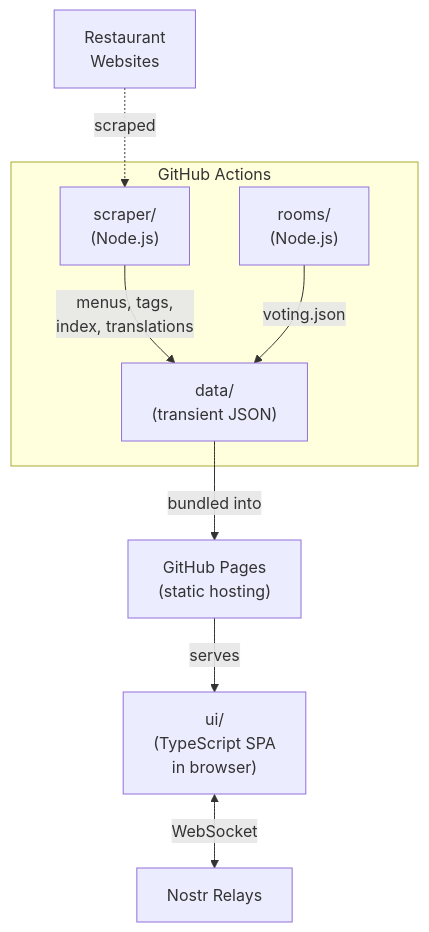
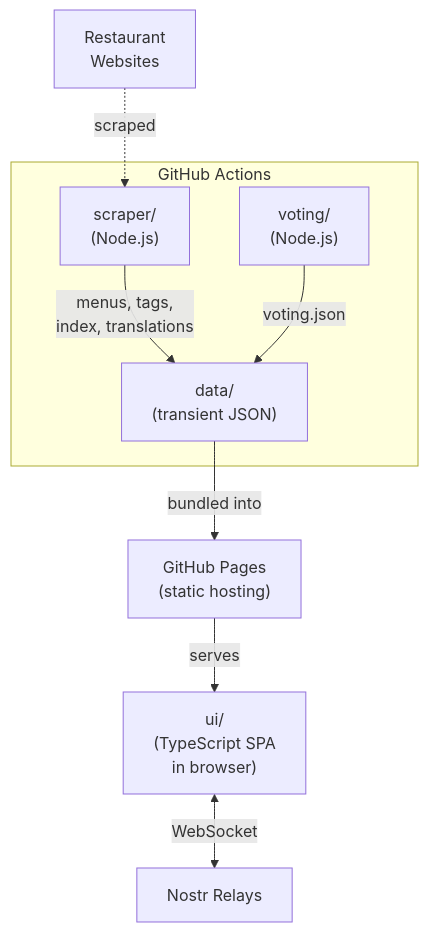
Before and after one commit to djaffry/mahlzeit-test: the first of 3 diagrams in README.md, drawn with Mermaid. The commit also changed other lines of this file and 201 other files, not shown here.

````diff
--- a/README.md
+++ b/README.md
@@ -93,13 +105,13 @@
 ```mermaid
 graph TB
   WEB["Restaurant\nWebsites"] -.->|scraped| S
 
   subgraph CI["GitHub Actions"]
     S["scraper/\n(Node.js)"] -->|menus, tags,\nindex, translations| D["data/\n(transient JSON)"]
-    R["rooms/\n(Node.js)"] -->|voting.json| D
+    R["voting/\n(Node.js)"] -->|voting.json| D
   end
 
   D -->|bundled into| GH["GitHub Pages\n(static hosting)"]
   GH -->|serves| UI["ui/\n(TypeScript SPA\nin browser)"]
   UI <-->|WebSocket| NR["Nostr Relays"]
 ```
````
